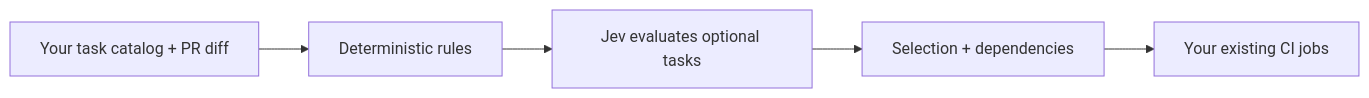
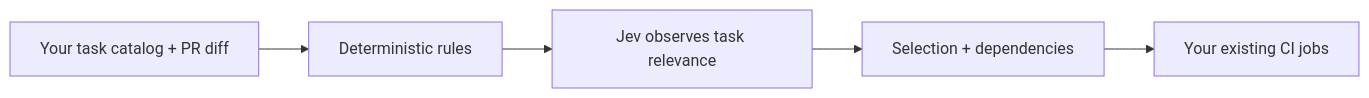
Before and after one commit to guilhem/jev-ci-selector: the diagram in README.md, drawn with Mermaid. The commit also changed other lines of this file and 20 other files, not shown here.

````diff
--- a/README.md
+++ b/README.md
@@ -39,7 +39,7 @@
 ```mermaid
 flowchart LR
     A[Your task catalog + PR diff] --> B[Deterministic rules]
-    B --> C[Jev evaluates optional tasks]
+    B --> C[Jev observes task relevance]
     C --> D[Selection + dependencies]
     D --> E[Your existing CI jobs]
 ```
````
